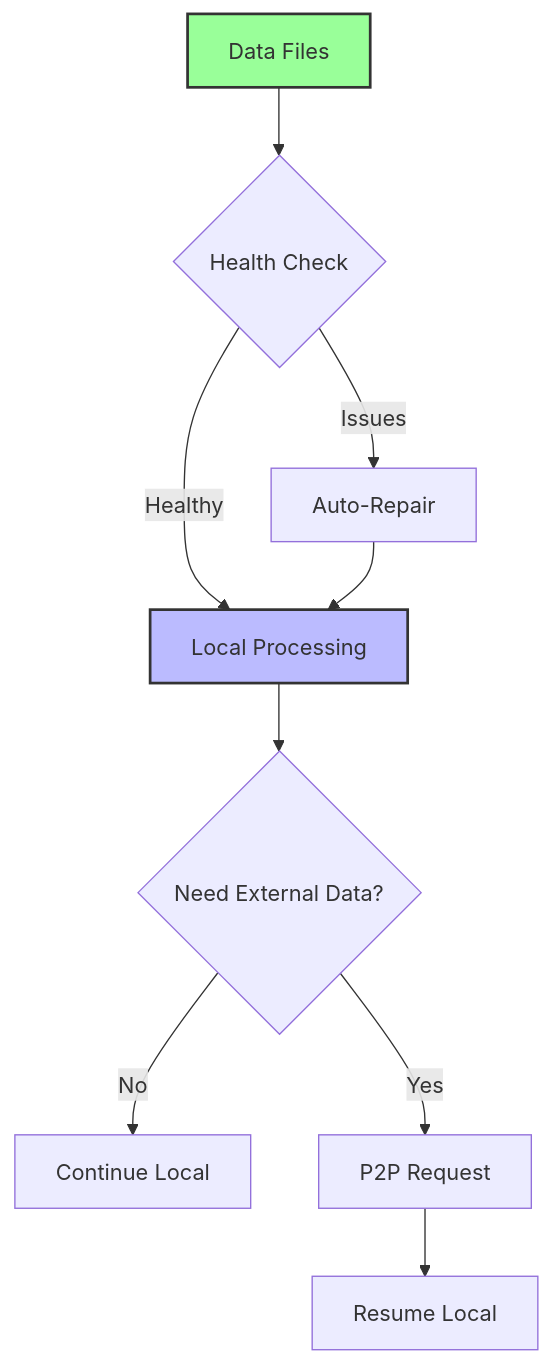
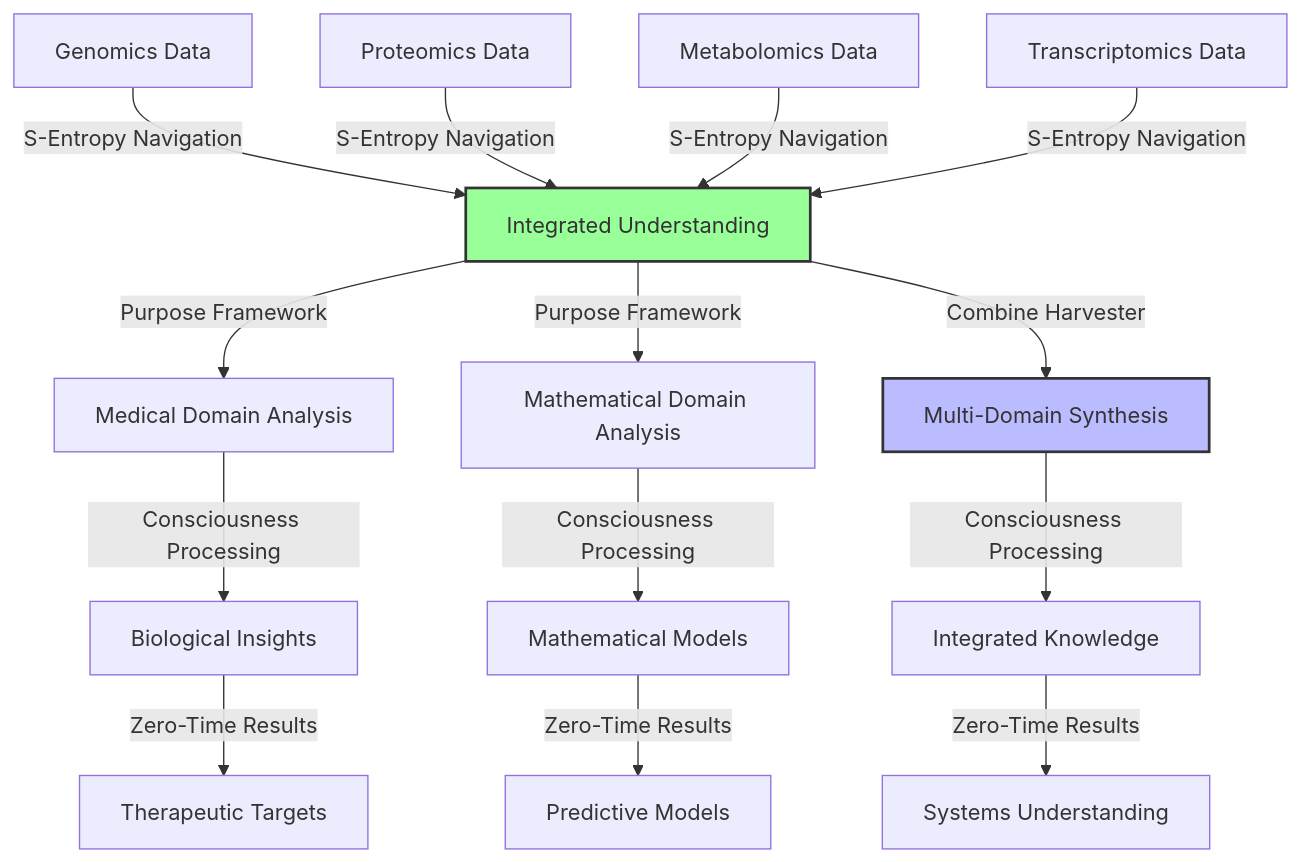
One commit to fullscreen-triangle/bloodhound changed the fourth of 4 diagrams in README.md. Above: the diagram before and after it, drawn with Mermaid. The commit also changed other lines of this file and 31 other files, not shown here.

````diff
--- a/README.md
+++ b/README.md
@@ -350,14 +277,22 @@
 ```mermaid
 graph TD
-    A[Data Files] --> B{Health Check}
-    B -->|Healthy| C[Local Processing]
-    B -->|Issues| D[Auto-Repair]
-    D --> C
-    C --> E{Need External Data?}
-    E -->|No| F[Continue Local]
-    E -->|Yes| G[P2P Request]
-    G --> H[Resume Local]
+    A[Genomics Data] -->|S-Entropy Navigation| B[Integrated Understanding]
+    C[Proteomics Data] -->|S-Entropy Navigation| B
+    D[Metabolomics Data] -->|S-Entropy Navigation| B
+    E[Transcriptomics Data] -->|S-Entropy Navigation| B
     
-    style A fill:#9f9,stroke:#333,stroke-width:2px
-    style C fill:#bbf,stroke:#333,stroke-width:2px
+    B -->|Purpose Framework| F[Medical Domain Analysis]
+    B -->|Purpose Framework| G[Mathematical Domain Analysis]
+    B -->|Combine Harvester| H[Multi-Domain Synthesis]
+    
+    F -->|Consciousness Processing| I[Biological Insights]
+    G -->|Consciousness Processing| J[Mathematical Models]
+    H -->|Consciousness Processing| K[Integrated Knowledge]
+    
+    I -->|Zero-Time Results| L[Therapeutic Targets]
+    J -->|Zero-Time Results| M[Predictive Models]
+    K -->|Zero-Time Results| N[Systems Understanding]
+    
+    style B fill:#9f9,stroke:#333,stroke-width:2px
+    style H fill:#bbf,stroke:#333,stroke-width:2px
 ```
````
